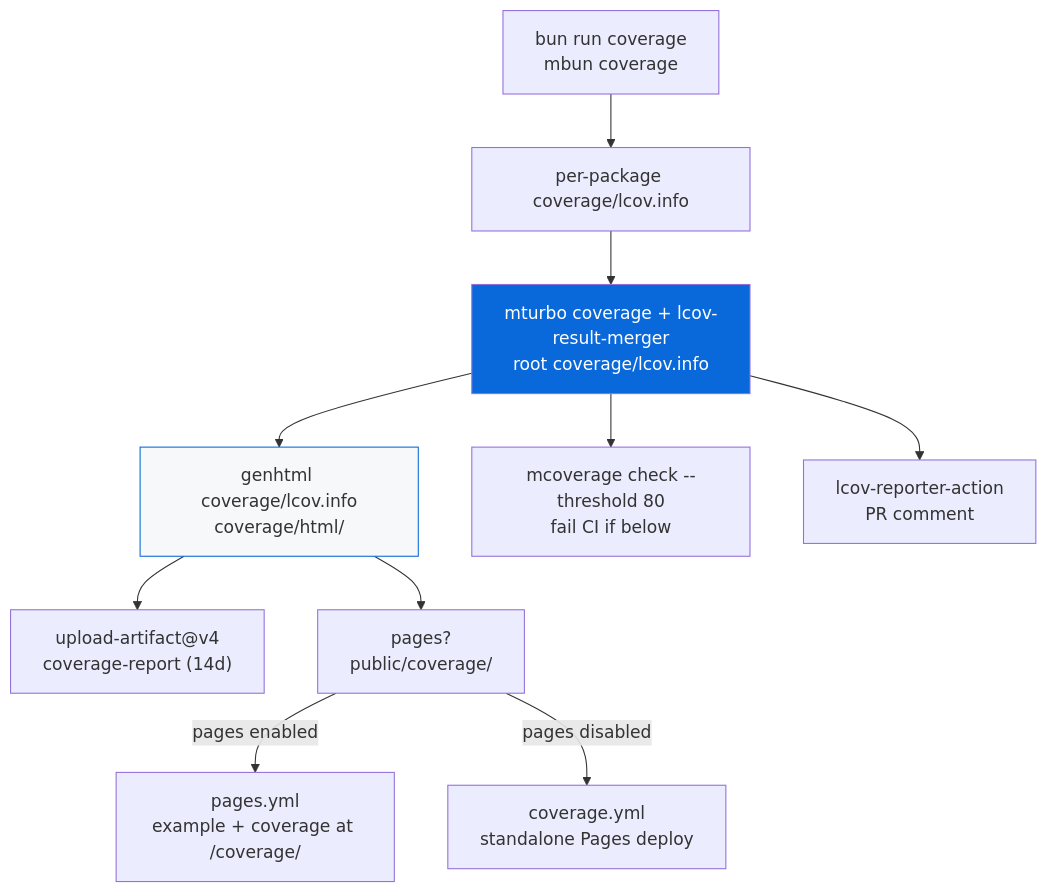
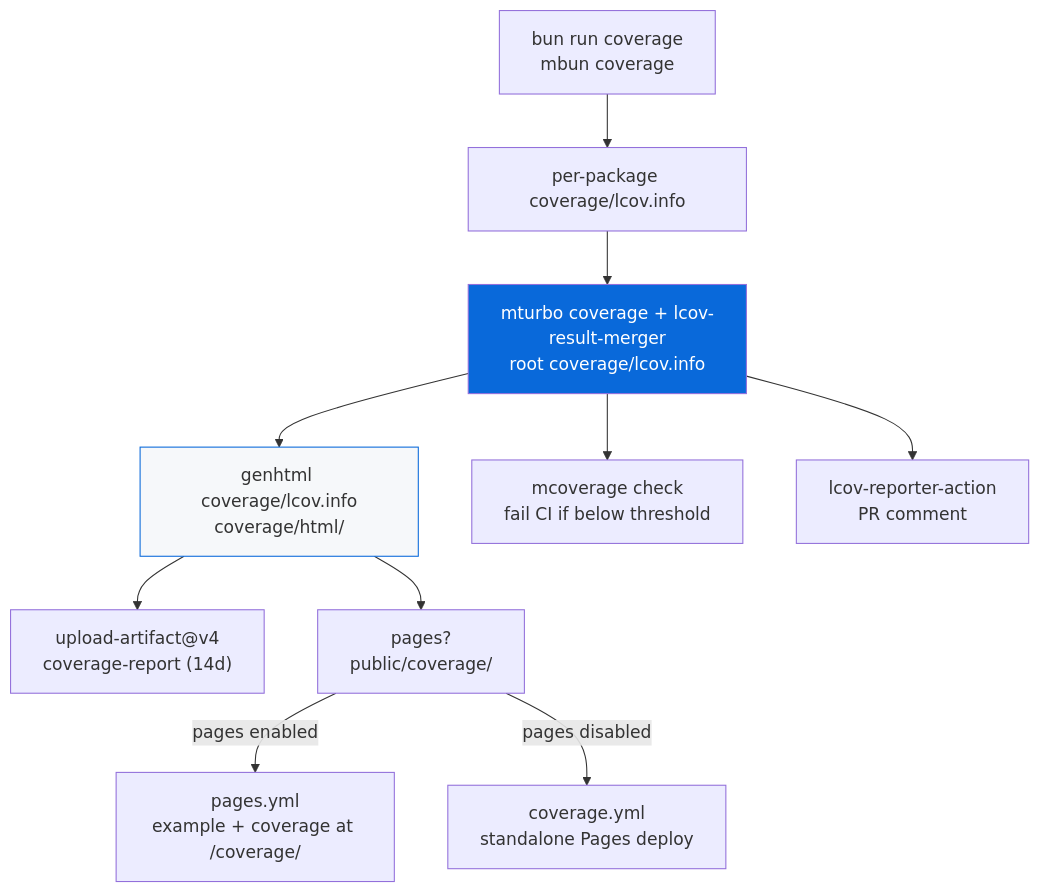
One commit to Archont561/ts-monorepo-template changed the diagram in configs/coverage/README.md. Above: the diagram before and after it, drawn with Mermaid. The commit also changed other lines of this file and 27 other files, not shown here.

````diff
--- a/configs/coverage/README.md
+++ b/configs/coverage/README.md
@@ -22,15 +22,15 @@
 ```mermaid
 graph TD
     A["bun run coverage<br/>mbun coverage"] --> B["per-package coverage/lcov.info"]
     B --> C["mturbo coverage + lcov-result-merger<br/>root coverage/lcov.info"]
     C --> D["genhtml coverage/lcov.info<br/>coverage/html/"]
     D --> E["upload-artifact@v4<br/>coverage-report (14d)"]
     D --> F["pages?<br/>public/coverage/"]
     F -->|pages enabled| G["pages.yml<br/>example + coverage at /coverage/"]
     F -->|pages disabled| H["coverage.yml<br/>standalone Pages deploy"]
-    C --> I["mcoverage check --threshold 80<br/>fail CI if below"]
+    C --> I["mcoverage check<br/>fail CI if below threshold"]
     C --> J["lcov-reporter-action<br/>PR comment"]
 
     style C fill:#0969DA,color:#fff
     style D fill:#f6f8fa,stroke:#0969DA
 ```
````
